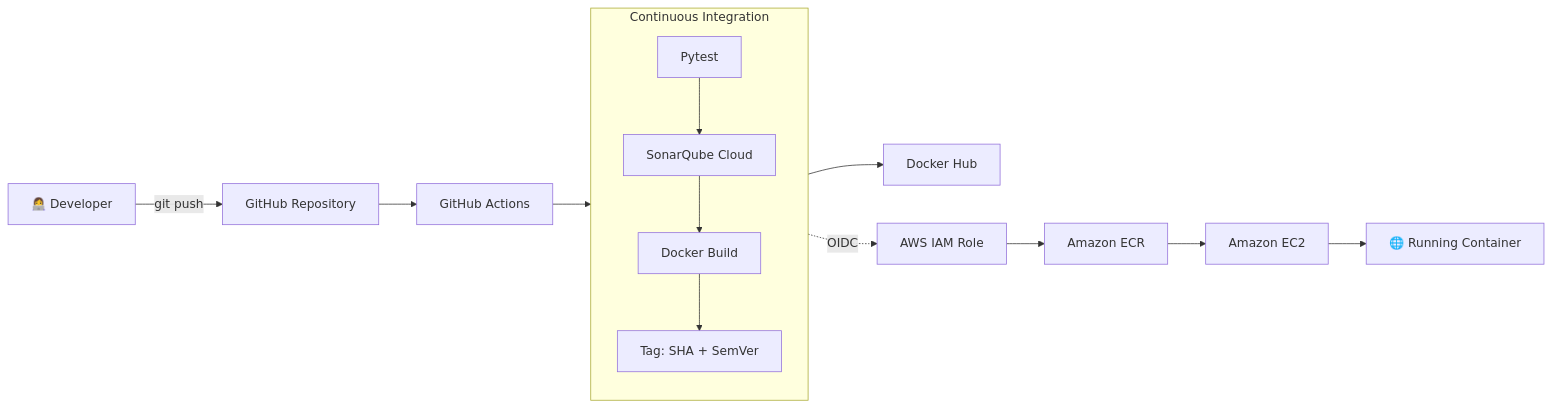
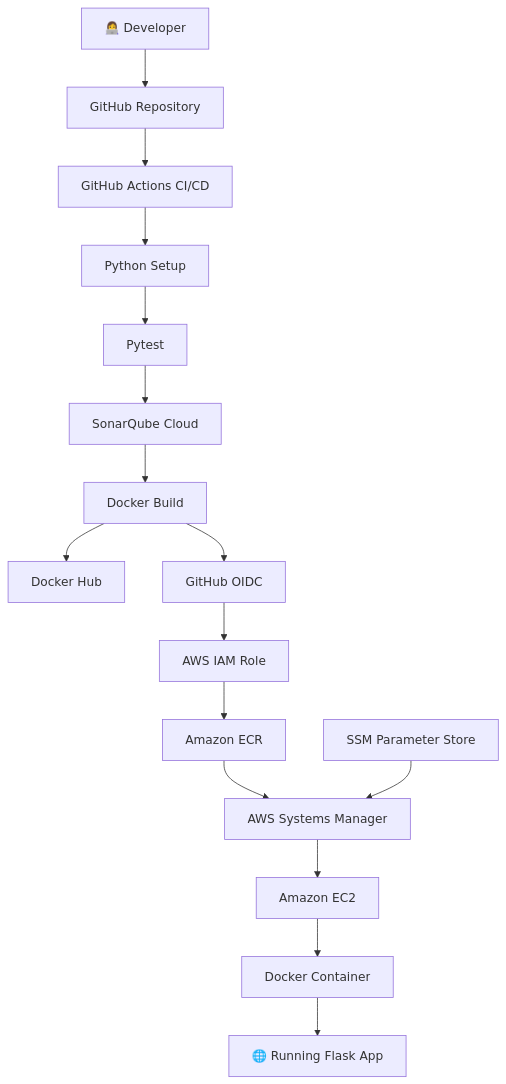
One commit to Siddhiayare03/cloud-cicd-platform changed the first of 3 diagrams in README.md. Above: the diagram before and after it, drawn with Mermaid. The commit also changed other lines of this file, not shown here.

````diff
--- a/README.md
+++ b/README.md
@@ -64,17 +67,22 @@
 ```mermaid
-flowchart LR
-    Dev["👩‍💻 Developer"] -->|git push| GH["GitHub Repository"]
-    GH --> GA["GitHub Actions"]
+flowchart TD
+    A["👩‍💻 Developer"] --> B["GitHub Repository"]
+    B --> C["GitHub Actions CI/CD"]
 
-    subgraph CI["Continuous Integration"]
-        direction TB
-        T["Pytest"] --> S["SonarQube Cloud"] --> B["Docker Build"] --> TG["Tag: SHA + SemVer"]
-    end
+    C --> D["Python Setup"]
+    D --> E["Pytest"]
+    E --> F["SonarQube Cloud"]
+    F --> G["Docker Build"]
 
-    GA --> CI
-    TG --> DH["Docker Hub"]
-    TG -.->|OIDC| IAM["AWS IAM Role"]
-    IAM --> ECR["Amazon ECR"]
-    ECR --> EC2["Amazon EC2"]
-    EC2 --> APP["🌐 Running Container"]
+    G --> H["Docker Hub"]
+    G --> I["GitHub OIDC"]
+    I --> J["AWS IAM Role"]
+    J --> K["Amazon ECR"]
+
+    K --> L["AWS Systems Manager"]
+    L --> M["Amazon EC2"]
+    M --> N["Docker Container"]
+    N --> O["🌐 Running Flask App"]
+
+    P["SSM Parameter Store"] --> L
 ```
````
